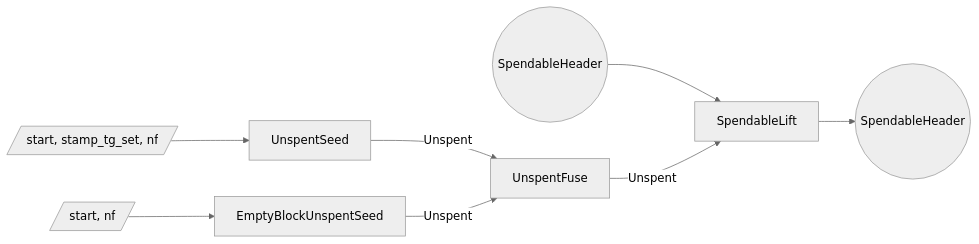
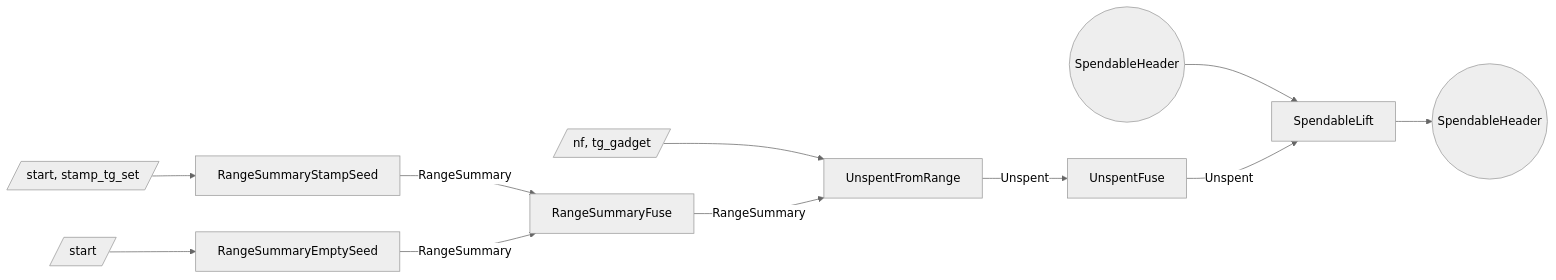
Before and after one commit to tachyon-zcash/tachyon: the fourth of 5 diagrams in book/src/proof-tree.md, drawn with Mermaid (neutral theme). The commit also changed other lines of this file and 8 other files, not shown here.

Commit message:
introduce RangeSummary

````diff
--- a/book/src/proof-tree.md
+++ b/book/src/proof-tree.md
@@ -280,19 +283,25 @@
 ```mermaid
 flowchart LR
   sp_in((SpendableHeader))
-  w_seed[/start, stamp_tg_set, nf/]
-  s_useed[UnspentSeed]
-  w_empty[/start, nf/]
-  s_uempty[EmptyBlockUnspentSeed]
+  w_seed[/start, stamp_tg_set/]
+  s_rseed[RangeSummaryStampSeed]
+  w_empty[/start/]
+  s_rempty[RangeSummaryEmptySeed]
+  s_rfuse[RangeSummaryFuse]
+  w_unspent[/nf, tg_gadget/]
+  s_unspent[UnspentFromRange]
   s_ufuse[UnspentFuse]
   s_lift[SpendableLift]
   sp_out((SpendableHeader))
 
-  w_seed --> s_useed
-  w_empty --> s_uempty
-  s_useed -->|Unspent| s_ufuse
-  s_uempty -->|Unspent| s_ufuse
+  w_seed --> s_rseed
+  w_empty --> s_rempty
+  s_rseed -->|RangeSummary| s_rfuse
+  s_rempty -->|RangeSummary| s_rfuse
+  w_unspent --> s_unspent
+  s_rfuse -->|RangeSummary| s_unspent
+  s_unspent -->|Unspent| s_ufuse
   sp_in --> s_lift
   s_ufuse -->|Unspent| s_lift
   s_lift --> sp_out
 ```
````
